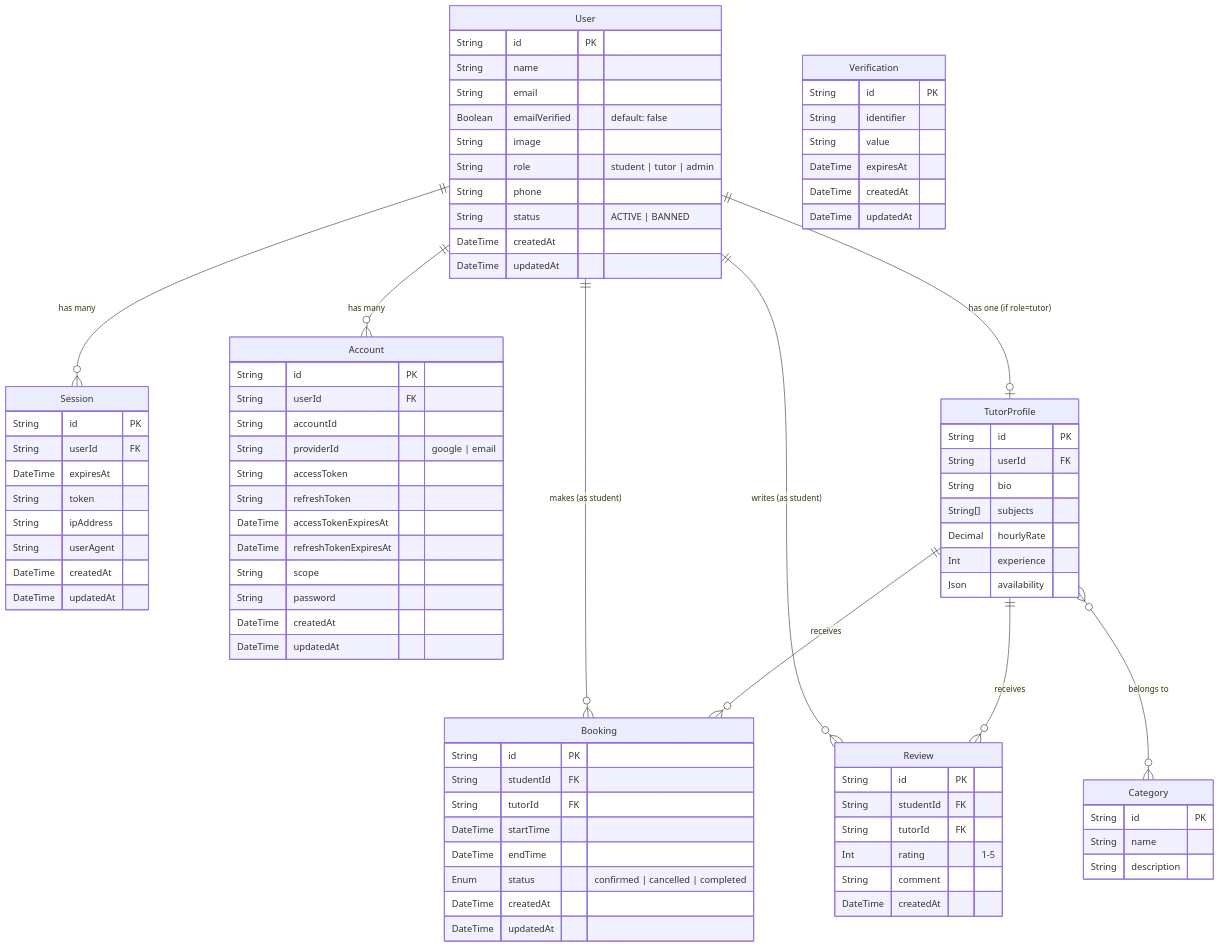
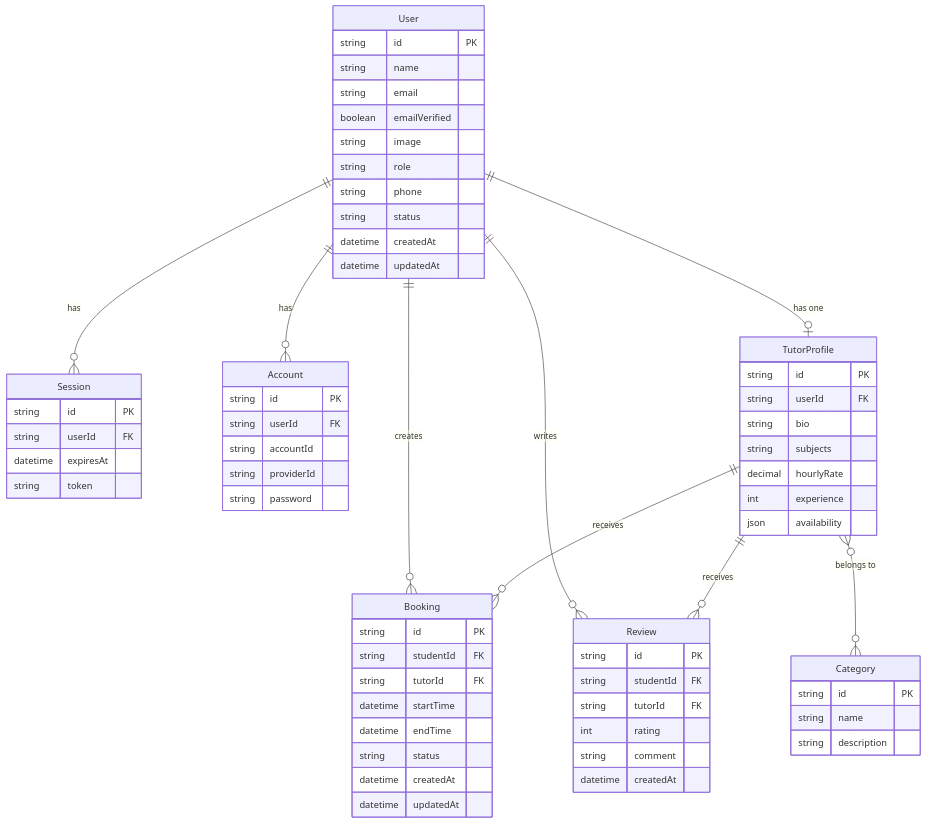
Before and after one commit to blue9kamrul/SkillBridge-backend: the diagram in README.md, drawn with Mermaid. The commit also changed other lines of this file, not shown here.

Commit message:
erd of readme file updated

````diff
--- a/README.md
+++ b/README.md
@@ -47,96 +47,75 @@
 ```mermaid
 erDiagram
-    User ||--o{ Session : "has many"
-    User ||--o{ Account : "has many"
-    User ||--o| TutorProfile : "has one (if role=tutor)"
-    User ||--o{ Booking : "makes (as student)"
-    User ||--o{ Review : "writes (as student)"
-
-    TutorProfile ||--o{ Booking : "receives"
-    TutorProfile ||--o{ Review : "receives"
+    User ||--o{ Session : has
+    User ||--o{ Account : has
+    User ||--o| TutorProfile : "has one"
+    User ||--o{ Booking : creates
+    User ||--o{ Review : writes
+    TutorProfile ||--o{ Booking : receives
+    TutorProfile ||--o{ Review : receives
     TutorProfile }o--o{ Category : "belongs to"
 
     User {
-        String id PK
-        String name
-        String email
-        Boolean emailVerified "default: false"
-        String image
-        String role "student | tutor | admin"
-        String phone
-        String status "ACTIVE | BANNED"
-        DateTime createdAt
-        DateTime updatedAt
+        string id PK
+        string name
+        string email
+        boolean emailVerified
+        string image
+        string role
+        string phone
+        string status
+        datetime createdAt
+        datetime updatedAt
+    }
+
+    TutorProfile {
+        string id PK
+        string userId FK
+        string bio
+        string subjects
+        decimal hourlyRate
+        int experience
+        json availability
+    }
+
+    Category {
+        string id PK
+        string name
+        string description
+    }
+
+    Booking {
+        string id PK
+        string studentId FK
+        string tutorId FK
+        datetime startTime
+        datetime endTime
+        string status
+        datetime createdAt
+        datetime updatedAt
+    }
+
+    Review {
+        string id PK
+        string studentId FK
+        string tutorId FK
+        int rating
+        string comment
+        datetime createdAt
     }
 
     Session {
-        String id PK
-        String userId FK
-        DateTime expiresAt
-        String token
-        String ipAddress
-        String userAgent
-        DateTime createdAt
-        DateTime updatedAt
+        string id PK
+        string userId FK
+        datetime expiresAt
+        string token
     }
 
     Account {
-        String id PK
-        String userId FK
-        String accountId
-        String providerId "google | email"
-        String accessToken
-        String refreshToken
-        DateTime accessTokenExpiresAt
-        DateTime refreshTokenExpiresAt
-        String scope
-        String password
-        DateTime createdAt
-        DateTime updatedAt
-    }
-
-    Verification {
-        String id PK
-        String identifier
-        String value
-        DateTime expiresAt
-        DateTime createdAt
-        DateTime updatedAt
-    }
-
-    TutorProfile {
-        String id PK
-        String userId FK
-        String bio
-        String[] subjects
-        Decimal hourlyRate
-        Int experience
-        Json availability
-    }
-
-    Category {
-        String id PK
-        String name
-        String description
-    }
-
-    Booking {
-        String id PK
-        String studentId FK
-        String tutorId FK
-        DateTime startTime
-        DateTime endTime
-        Enum status "confirmed | cancelled | completed"
-        DateTime createdAt
-        DateTime updatedAt
-    }
-
-    Review {
-        String id PK
-        String studentId FK
-        String tutorId FK
-        Int rating "1-5"
-        String comment
-        DateTime createdAt
+        string id PK
+        string userId FK
+        string accountId
+        string providerId
+        string password
     }
 ```
````
